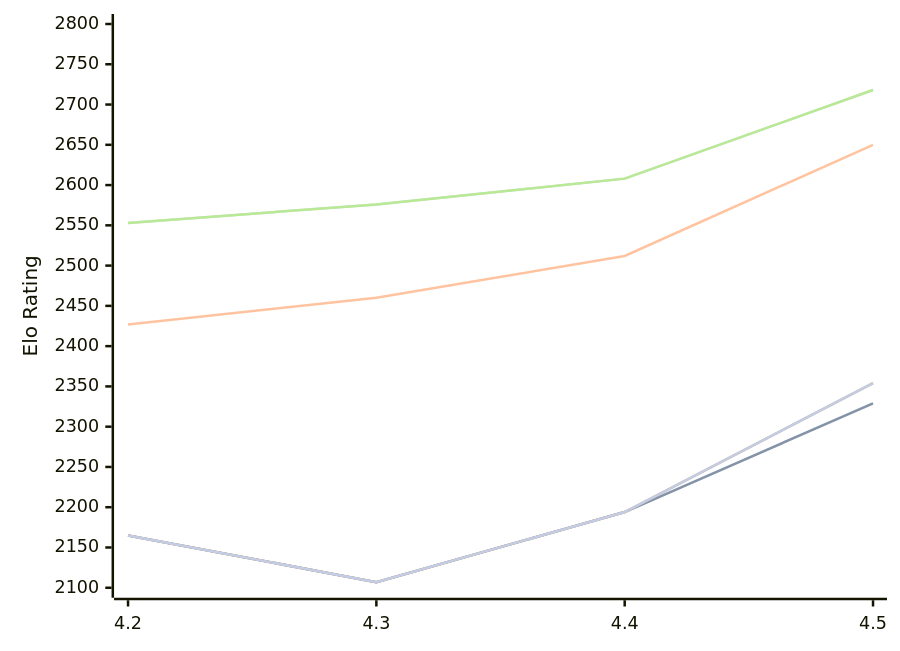
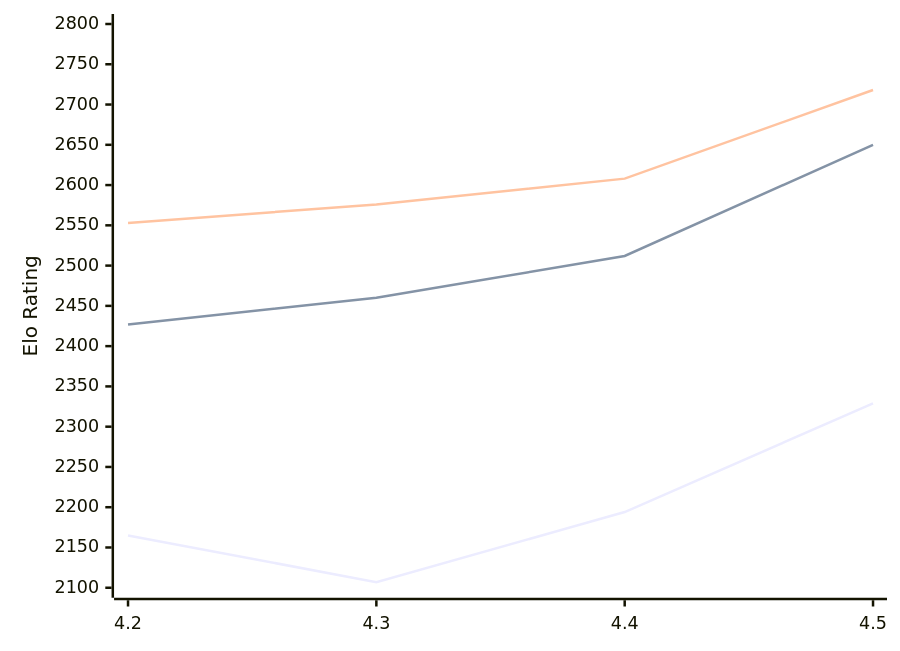
One commit to computer-chess-index/cci changed the diagram in engines/Eubos.md. Above: the diagram before and after it, drawn with Mermaid. The commit also changed other lines of this file, not shown here.

````diff
--- a/engines/Eubos.md
+++ b/engines/Eubos.md
@@ -50,13 +50,9 @@
 ```mermaid
 %%{init: {"theme":"base","themeVariables":{"seriesColors:['#a3a3a3','#222221','#faa371']}}}%%
 xychart-beta
   x-axis ["4.2", "4.3", "4.4", "4.5"]
   y-axis "Elo Rating" 2100 --> 2800
-  line "" [2165, 2107, 2194, 2329]
   line "T1: STC (8.0+0.08s)" [2165, 2107, 2194, 2329]
   line "T1: LTC (60.0+0.60s)" [2427, 2460, 2512, 2650]
-  line "" [2553, 2576, 2608, 2718]
   line "T1: VLTC (2m24s+1.12s)" [2553, 2576, 2608, 2718]
-  line "" [2165, 2107, 2194,2354]
-  line "E1: STC (8.0+0.08s)" [2165, 2107, 2194,2354]
 ```
````
